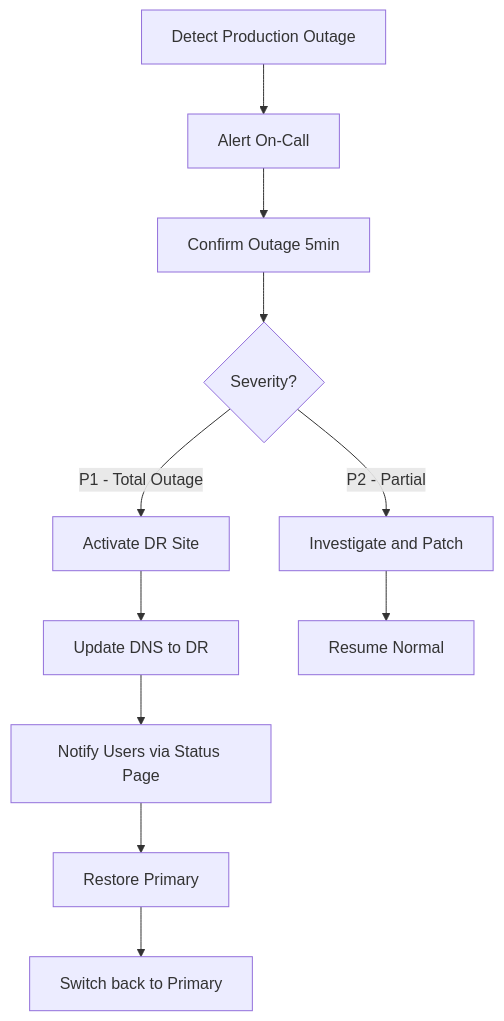
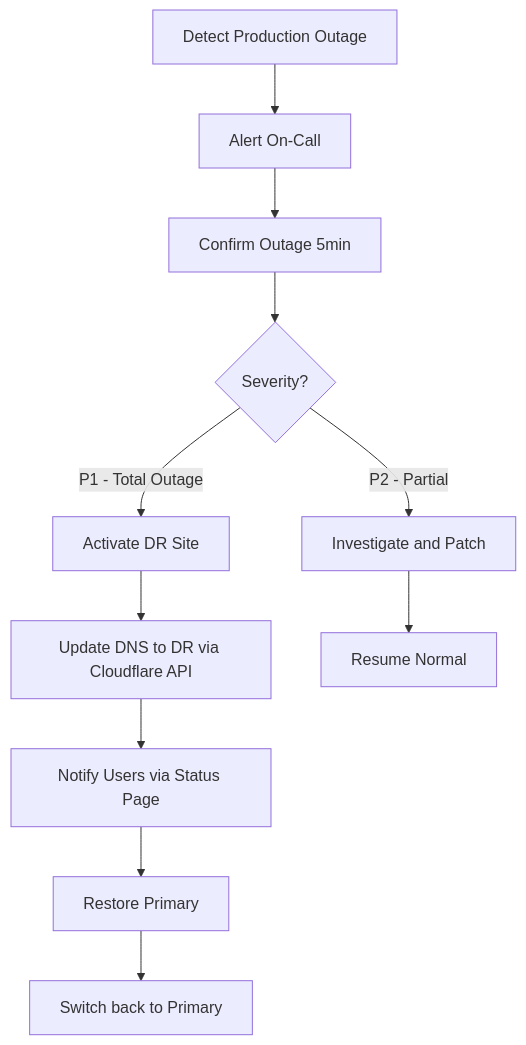
The fourth of 4 diagrams in مسودات-الوكلاء/الجزء-04-معايير-التطوير.md (alharbib902-del/technical-handover), drawn with Mermaid before and after one commit. The commit also changed other lines of this file and 22 other files, not shown here.

````diff
--- a/مسودات-الوكلاء/الجزء-04-معايير-التطوير.md
+++ b/مسودات-الوكلاء/الجزء-04-معايير-التطوير.md
@@ -1913,13 +2395,13 @@
 ```mermaid
 flowchart TD
     A[Detect Production Outage] --> B[Alert On-Call]
     B --> C[Confirm Outage 5min]
     C --> D{Severity?}
     D -->|P1 - Total Outage| E[Activate DR Site]
     D -->|P2 - Partial| F[Investigate and Patch]
-    E --> G[Update DNS to DR]
+    E --> G[Update DNS to DR via Cloudflare API]
     G --> H[Notify Users via Status Page]
     H --> I[Restore Primary]
     I --> J[Switch back to Primary]
     F --> K[Resume Normal]
 ```
````
